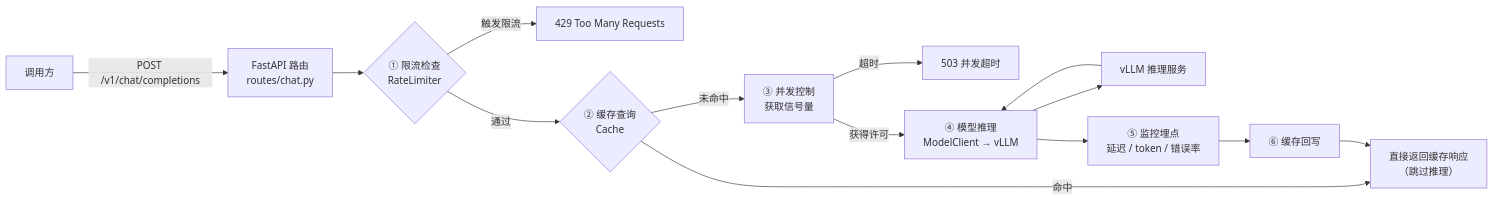
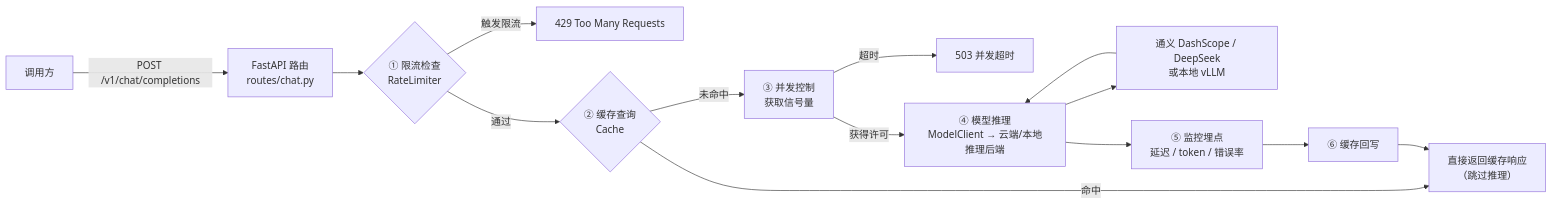
One commit to DevinHeCoder/llm_gateway changed the second of 2 diagrams in README.md. Above: the diagram before and after it, drawn with Mermaid. The commit also changed other lines of this file and 1 other file, not shown here.

````diff
--- a/README.md
+++ b/README.md
@@ -76,16 +76,16 @@
 ```mermaid
 flowchart LR
     A["调用方"] -->|"POST /v1/chat/completions"| B["FastAPI 路由<br/>routes/chat.py"]
     B --> C{"① 限流检查<br/>RateLimiter"}
     C -->|"触发限流"| X1["429 Too Many Requests"]
     C -->|"通过"| D{"② 缓存查询<br/>Cache"}
     D -->|"命中"| X2["直接返回缓存响应<br/>（跳过推理）"]
     D -->|"未命中"| E["③ 并发控制<br/>获取信号量"]
     E -->|"超时"| X3["503 并发超时"]
-    E -->|"获得许可"| F["④ 模型推理<br/>ModelClient → vLLM"]
-    F --> H["vLLM 推理服务"]
+    E -->|"获得许可"| F["④ 模型推理<br/>ModelClient → 云端/本地推理后端"]
+    F --> H["通义 DashScope / DeepSeek<br/>或本地 vLLM"]
     H --> F
     F --> I["⑤ 监控埋点<br/>延迟 / token / 错误率"]
     I --> J["⑥ 缓存回写"]
     J --> X2
 ```
````
